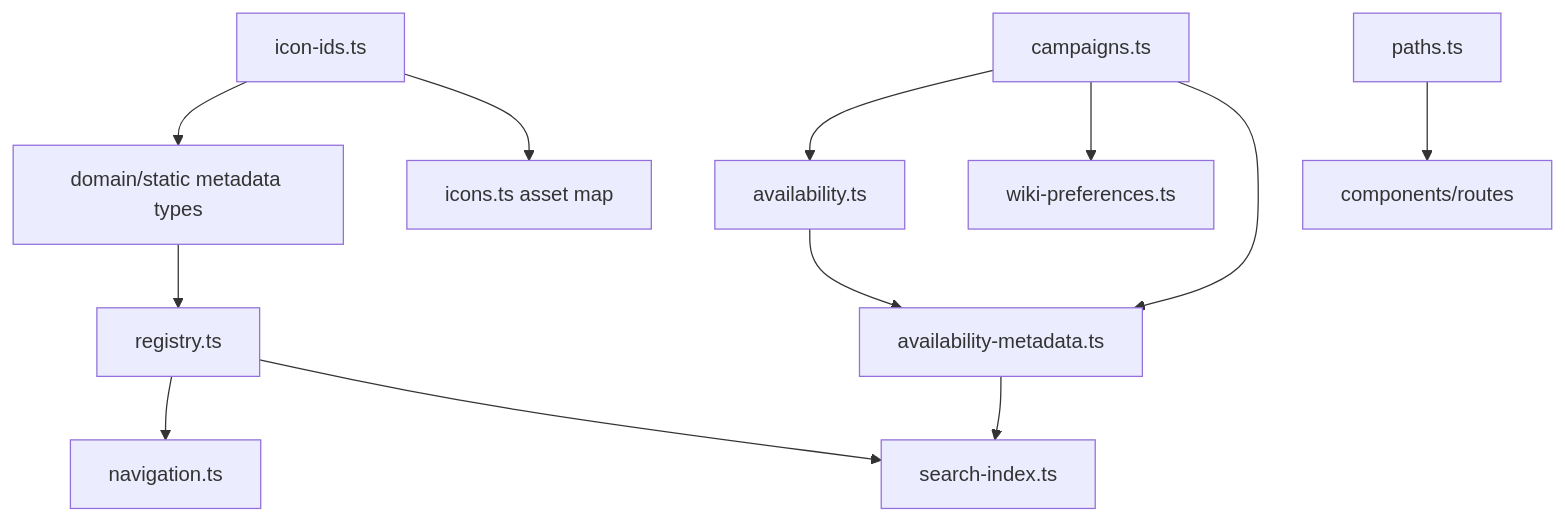
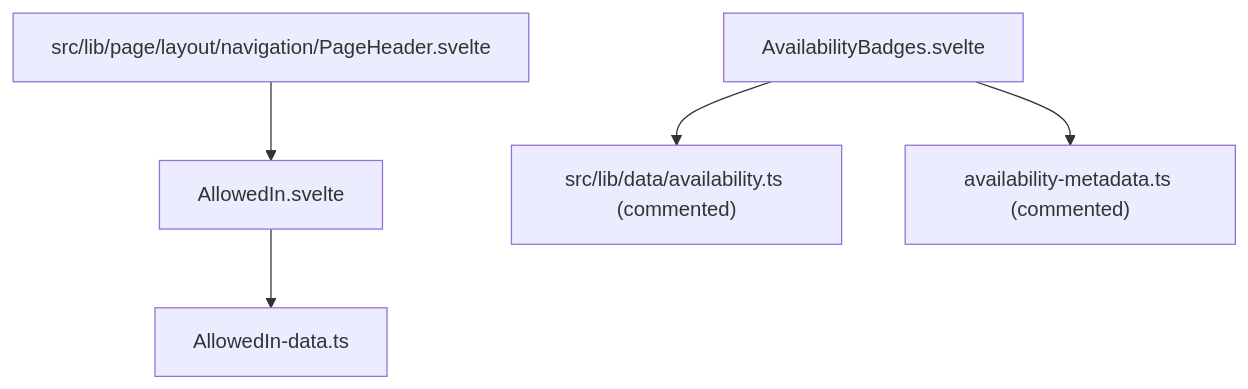
One commit to toon-van-berkel/dnd-wiki changed the sixth of 8 diagrams in docs/architecture-audit/dependency-map.md. Above: the diagram before and after it, drawn with Mermaid. The commit also changed other lines of this file and 200 other files, not shown here.

````diff
--- a/docs/architecture-audit/dependency-map.md
+++ b/docs/architecture-audit/dependency-map.md
@@ -289,14 +56,7 @@
 ```mermaid
 flowchart TD
-  iconIds["icon-ids.ts"] --> domainTypes["domain/static metadata types"]
-  iconIds --> icons["icons.ts asset map"]
-  domainTypes --> registry["registry.ts"]
-  registry --> navigation["navigation.ts"]
-  registry --> searchIndex["search-index.ts"]
-  campaigns["campaigns.ts"] --> availability["availability.ts"]
-  campaigns --> preferences["wiki-preferences.ts"]
-  campaigns --> availabilityMeta["availability-metadata.ts"]
-  availability --> availabilityMeta
-  availabilityMeta --> searchIndex
-  paths["paths.ts"] --> components["components/routes"]
+  NewHeader["src/lib/page/layout/navigation/PageHeader.svelte"] --> AllowedIn["AllowedIn.svelte"]
+  AllowedIn --> LocalAllowedData["AllowedIn-data.ts"]
+  LegacyBadges["AvailabilityBadges.svelte"] --> AvailabilityData["src/lib/data/availability.ts (commented)"]
+  LegacyBadges --> AvailabilityMetadata["availability-metadata.ts (commented)"]
 ```
````
